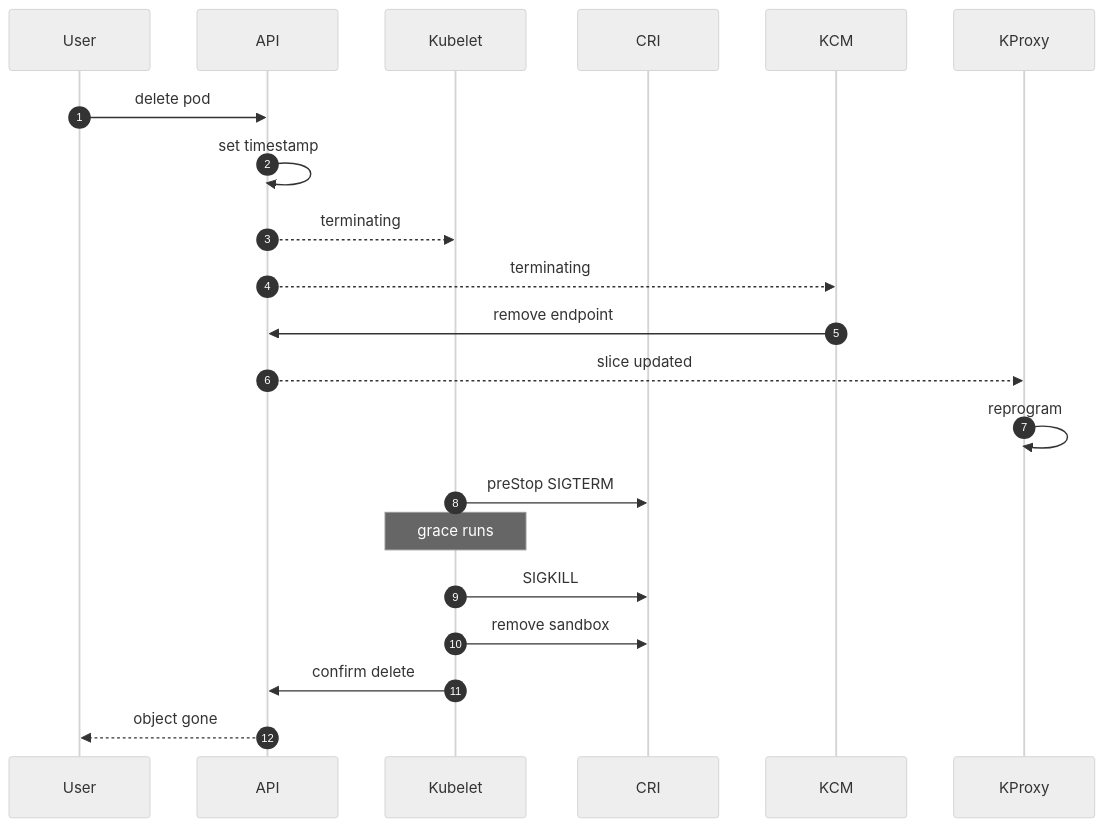
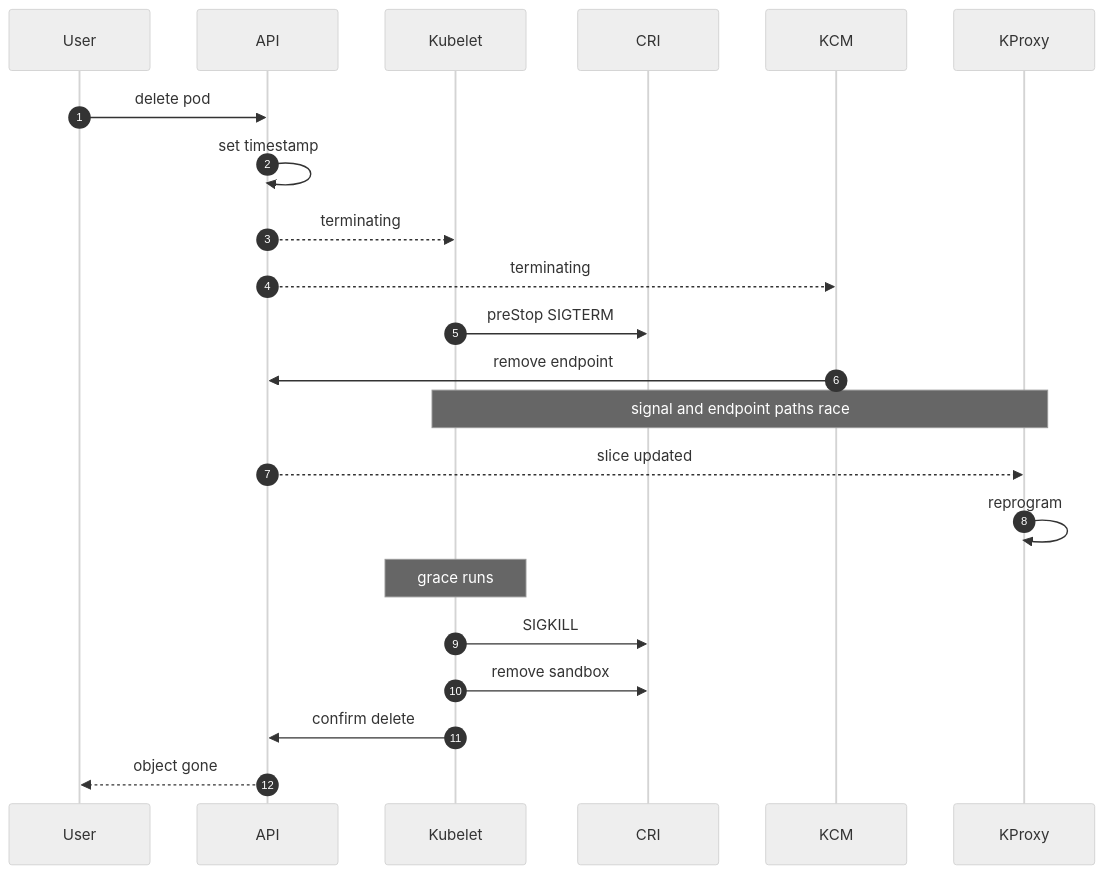
The second of 7 diagrams in chapters/ch04.md (sanketsudake/k8s-worksheet), drawn with Mermaid (neutral theme) before and after one commit. The commit also changed other lines of this file and 11 other files, not shown here.

````diff
--- a/chapters/ch04.md
+++ b/chapters/ch04.md
@@ -95,23 +96,24 @@
 ```mermaid
 sequenceDiagram
   autonumber
   participant User
   participant API
   participant Kubelet
   participant CRI
   participant KCM
   participant KProxy
   User->>API: delete pod
   API->>API: set timestamp
   API-->>Kubelet: terminating
   API-->>KCM: terminating
+  Kubelet->>CRI: preStop SIGTERM
   KCM->>API: remove endpoint
+  Note over Kubelet,KProxy: signal and endpoint paths race
   API-->>KProxy: slice updated
   KProxy->>KProxy: reprogram
-  Kubelet->>CRI: preStop SIGTERM
   Note over Kubelet: grace runs
   Kubelet->>CRI: SIGKILL
   Kubelet->>CRI: remove sandbox
   Kubelet->>API: confirm delete
   API-->>User: object gone
 ```
````
